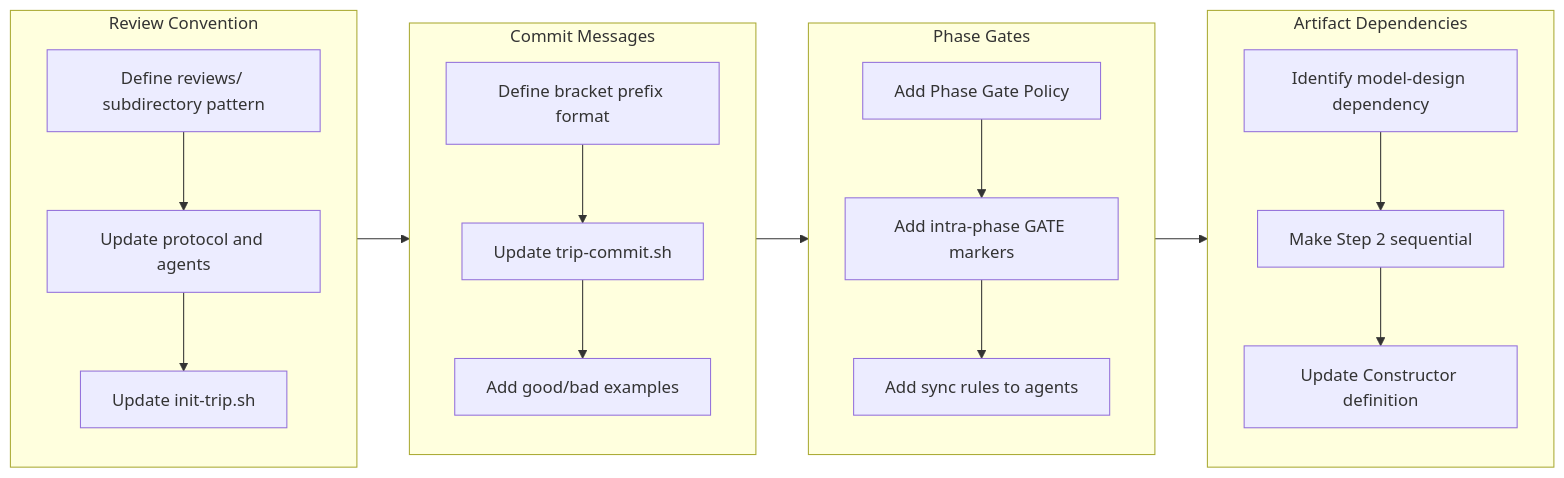
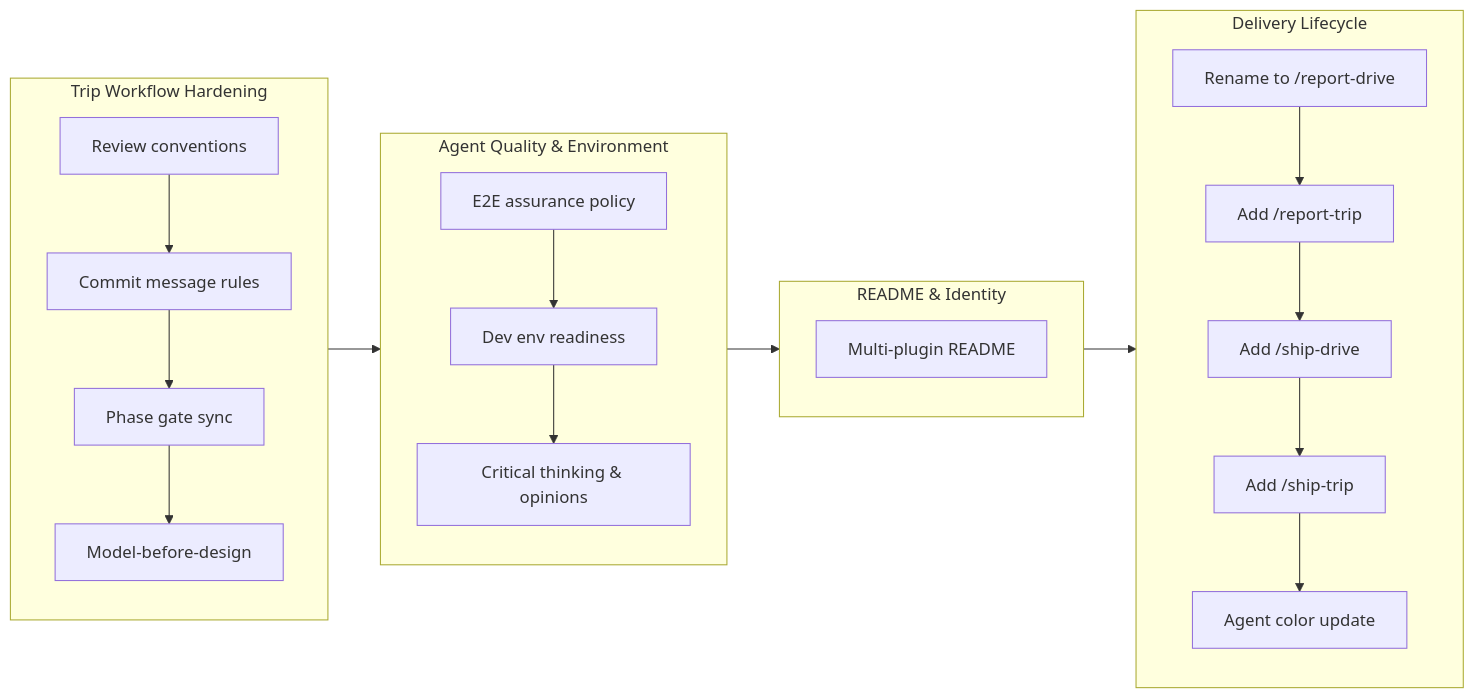
The diagram in .workaholic/stories/drive-20260310-220224.md (qmu/workaholic), drawn with Mermaid before and after one commit. The commit also changed other lines of this file and 1 other file, not shown here.

Commit message:
Add branch story for drive-20260310-220224

````diff
--- a/.workaholic/stories/drive-20260310-220224.md
+++ b/.workaholic/stories/drive-20260310-220224.md
@@ -28,24 +29,24 @@
 ```mermaid
 flowchart LR
-  subgraph Review[Review Convention]
+  subgraph Hardening[Trip Workflow Hardening]
     direction TB
-    r1[Define reviews/ subdirectory pattern] --> r2[Update protocol and agents] --> r3[Update init-trip.sh]
+    h1[Review conventions] --> h2[Commit message rules] --> h3[Phase gate sync] --> h4[Model-before-design]
   end
 
-  subgraph Commit[Commit Messages]
+  subgraph Quality[Agent Quality & Environment]
     direction TB
-    c1[Define bracket prefix format] --> c2[Update trip-commit.sh] --> c3[Add good/bad examples]
+    q1[E2E assurance policy] --> q2[Dev env readiness] --> q3[Critical thinking & opinions]
   end
 
-  subgraph Gates[Phase Gates]
+  subgraph Presentation[README & Identity]
     direction TB
-    g1[Add Phase Gate Policy] --> g2[Add intra-phase GATE markers] --> g3[Add sync rules to agents]
+    p1[Multi-plugin README]
   end
 
-  subgraph Deps[Artifact Dependencies]
+  subgraph Lifecycle[Delivery Lifecycle]
     direction TB
-    d1[Identify model-design dependency] --> d2[Make Step 2 sequential] --> d3[Update Constructor definition]
+    l1[Rename to /report-drive] --> l2[Add /report-trip] --> l3[Add /ship-drive] --> l4[Add /ship-trip] --> l5[Agent color update]
   end
 
-  Review --> Commit --> Gates --> Deps
+  Hardening --> Quality --> Presentation --> Lifecycle
 ```
````
